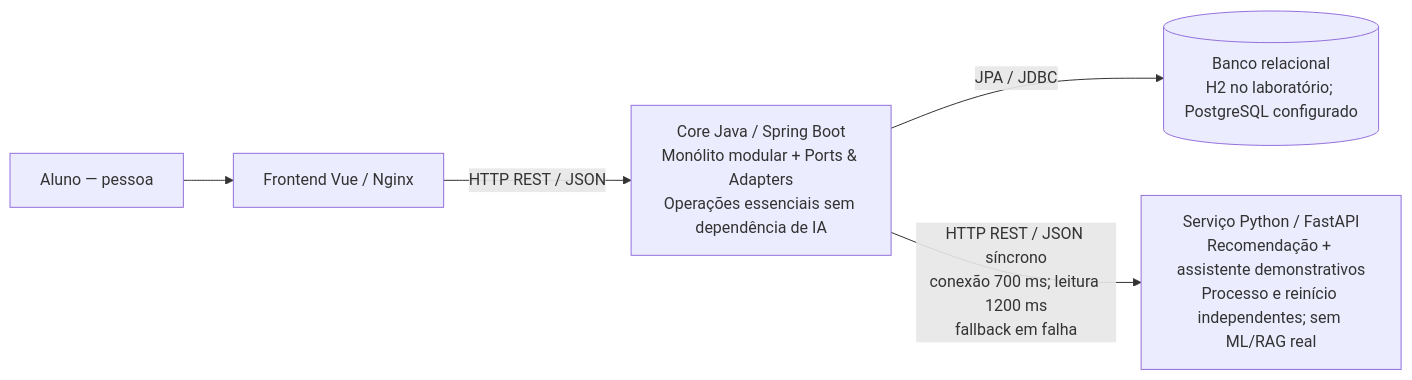
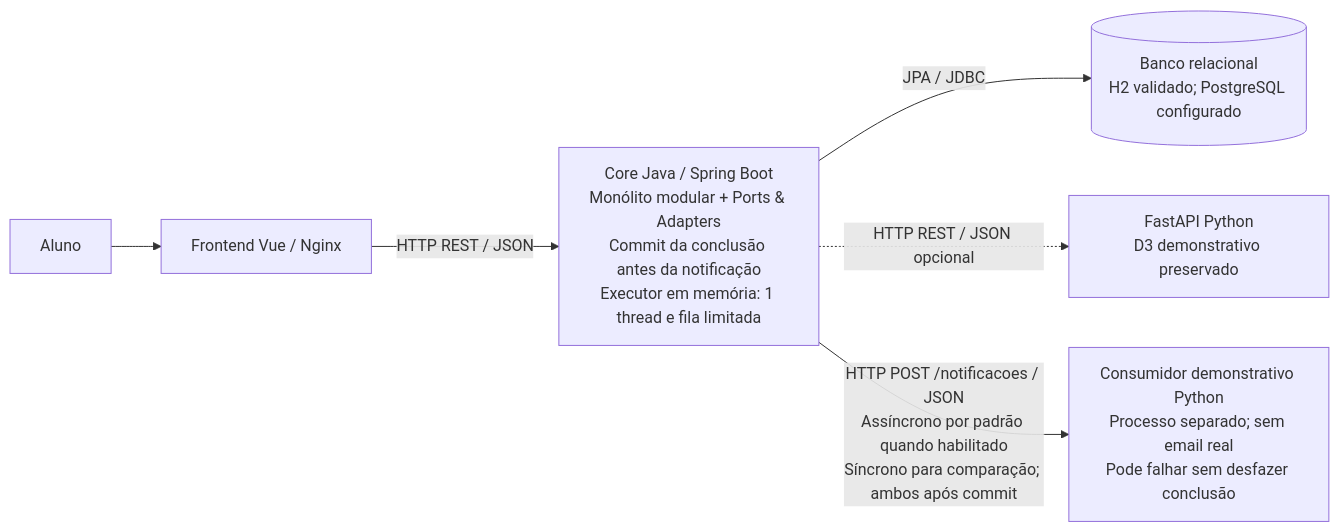
The diagram in README.md (MjDutil/DevOps-Project), drawn with Mermaid before and after one commit. The commit also changed other lines of this file and 45 other files, not shown here.

Commit message:
feat: add post-commit notification lab for D4

````diff
--- a/README.md
+++ b/README.md
@@ -32,7 +33,8 @@
 ```mermaid
 flowchart LR
-    aluno["Aluno — pessoa"] --> frontend["Frontend Vue / Nginx"]
-    frontend -->|HTTP REST / JSON| core["Core Java / Spring Boot<br/>Monólito modular + Ports & Adapters<br/>Operações essenciais sem dependência de IA"]
-    core -->|JPA / JDBC| banco[("Banco relacional<br/>H2 no laboratório; PostgreSQL configurado")]
-    core -->|"HTTP REST / JSON síncrono<br/>conexão 700 ms; leitura 1200 ms<br/>fallback em falha"| ia["Serviço Python / FastAPI<br/>Recomendação + assistente demonstrativos<br/>Processo e reinício independentes; sem ML/RAG real"]
+    aluno["Aluno"] --> frontend["Frontend Vue / Nginx"]
+    frontend -->|HTTP REST / JSON| core["Core Java / Spring Boot<br/>Monólito modular + Ports & Adapters<br/>Commit da conclusão antes da notificação<br/>Executor em memória: 1 thread e fila limitada"]
+    core -->|JPA / JDBC| banco[("Banco relacional<br/>H2 validado; PostgreSQL configurado")]
+    core -.->|HTTP REST / JSON opcional| ia["FastAPI Python<br/>D3 demonstrativo preservado"]
+    core -->|"HTTP POST /notificacoes / JSON<br/>Assíncrono por padrão quando habilitado<br/>Síncrono para comparação; ambos após commit"| consumidor["Consumidor demonstrativo Python<br/>Processo separado; sem email real<br/>Pode falhar sem desfazer conclusão"]
 ```
````
